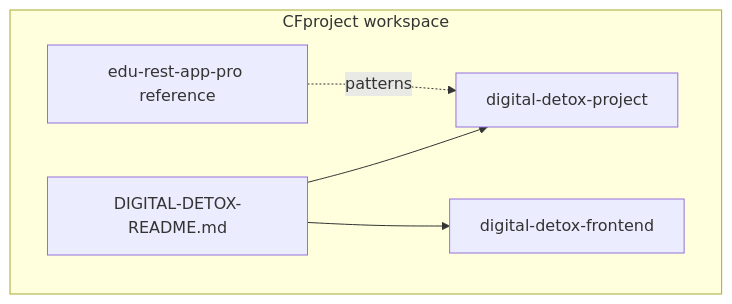
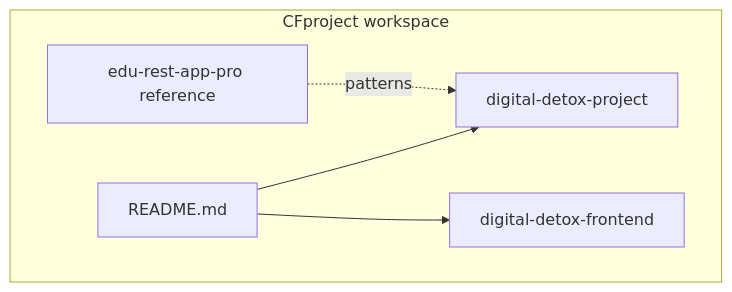
Before and after one commit to CDalianis/DigitalDetox_app: the first of 8 diagrams in README.md, drawn with Mermaid. The commit also changed other lines of this file, not shown here.

````diff
--- a/README.md
+++ b/README.md
@@ -15,12 +12,12 @@
 ```mermaid
 flowchart TB
   subgraph workspace [CFproject workspace]
-    Master[DIGITAL-DETOX-README.md]
+    README[README.md]
     API[digital-detox-project]
     UI[digital-detox-frontend]
     Ref[edu-rest-app-pro reference]
   end
-  Master --> API
-  Master --> UI
+  README --> API
+  README --> UI
   Ref -.->|patterns| API
 ```
````
